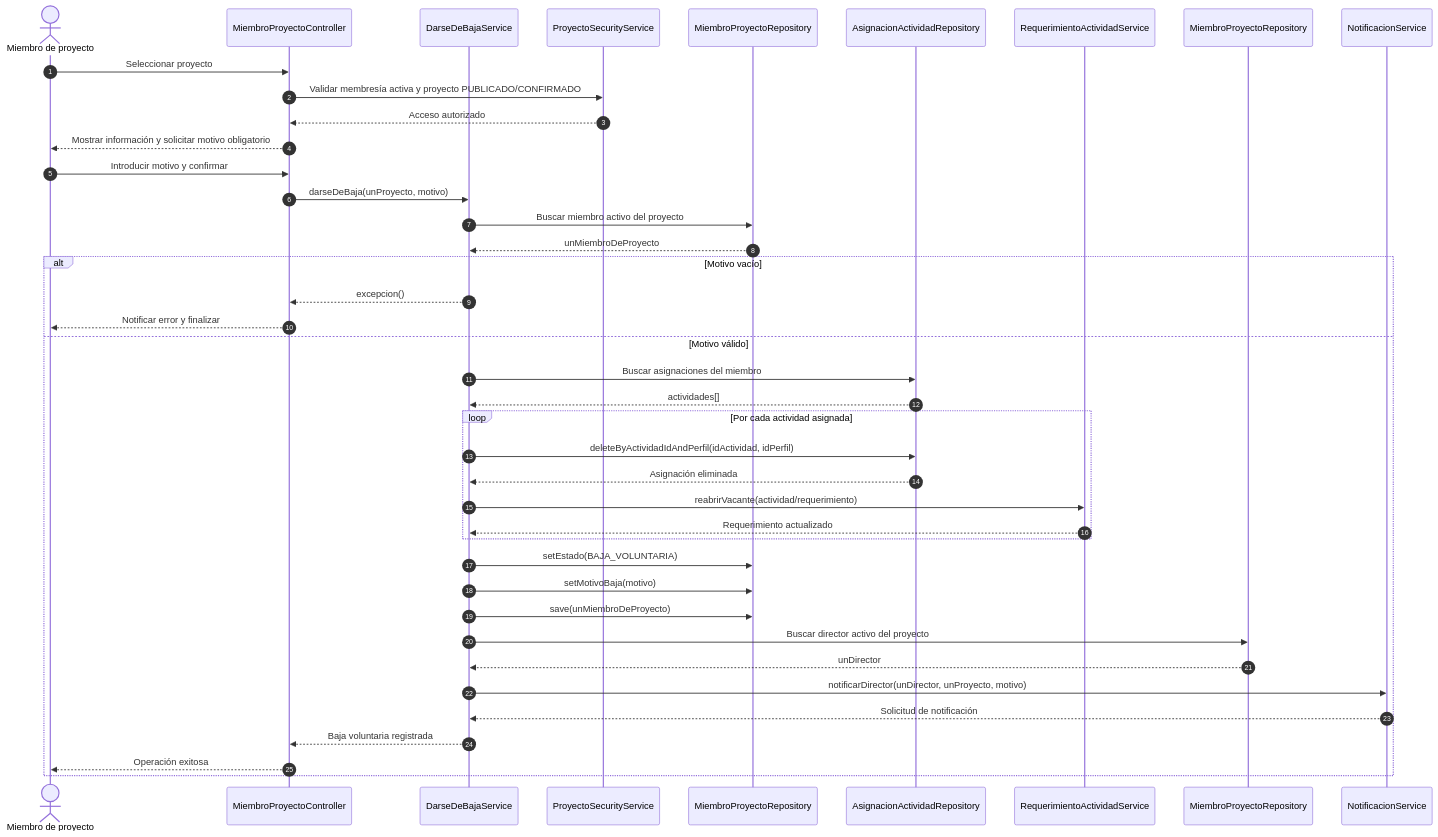
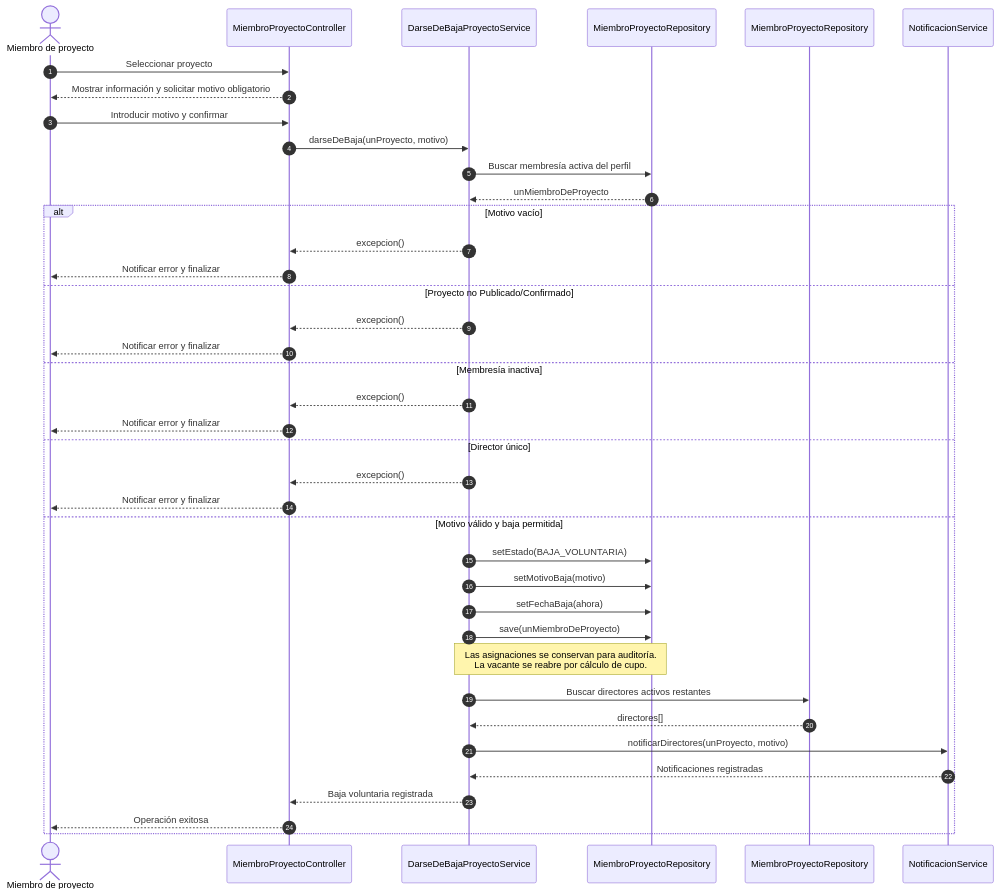
Before and after one commit to mgroko/modalink-backend: the ninth of 9 diagrams in docs/3_diseño/dsd.md, drawn with Mermaid. The commit also changed other lines of this file and 32 other files, not shown here.

First line of the commit message:
Implementación del caso de uso UC-40 Darse de baja de proyecto

````diff
--- a/docs/3_diseño/dsd.md
+++ b/docs/3_diseño/dsd.md
@@ -646,47 +649,43 @@
 ```mermaid
 sequenceDiagram
     autonumber
     actor Miembro as Miembro de proyecto
     participant API as MiembroProyectoController
-    participant Servicio as DarseDeBajaService
-    participant ProyectoService as ProyectoSecurityService
+    participant Servicio as DarseDeBajaProyectoService
     participant MiembroRepo as MiembroProyectoRepository
-    participant AsignacionRepo as AsignacionActividadRepository
-    participant ReqService as RequerimientoActividadService
     participant DirectorRepo as MiembroProyectoRepository
     participant Notif as NotificacionService
 
     Miembro->>API: Seleccionar proyecto
-    API->>ProyectoService: Validar membresía activa y proyecto PUBLICADO/CONFIRMADO
-    ProyectoService-->>API: Acceso autorizado
     API-->>Miembro: Mostrar información y solicitar motivo obligatorio
     Miembro->>API: Introducir motivo y confirmar
     API->>Servicio: darseDeBaja(unProyecto, motivo)
-    Servicio->>MiembroRepo: Buscar miembro activo del proyecto
+    Servicio->>MiembroRepo: Buscar membresía activa del perfil
     MiembroRepo-->>Servicio: unMiembroDeProyecto
 
     alt Motivo vacío
         Servicio-->>API: excepcion()
         API-->>Miembro: Notificar error y finalizar
-    else Motivo válido
-        Servicio->>AsignacionRepo: Buscar asignaciones del miembro
-        AsignacionRepo-->>Servicio: actividades[]
-
-        loop Por cada actividad asignada
-            Servicio->>AsignacionRepo: deleteByActividadIdAndPerfil(idActividad, idPerfil)
-            AsignacionRepo-->>Servicio: Asignación eliminada
-            Servicio->>ReqService: reabrirVacante(actividad/requerimiento)
-            ReqService-->>Servicio: Requerimiento actualizado
-        end
-
+    else Proyecto no Publicado/Confirmado
+        Servicio-->>API: excepcion()
+        API-->>Miembro: Notificar error y finalizar
+    else Membresía inactiva
+        Servicio-->>API: excepcion()
+        API-->>Miembro: Notificar error y finalizar
+    else Director único
+        Servicio-->>API: excepcion()
+        API-->>Miembro: Notificar error y finalizar
+    else Motivo válido y baja permitida
         Servicio->>MiembroRepo: setEstado(BAJA_VOLUNTARIA)
         Servicio->>MiembroRepo: setMotivoBaja(motivo)
+        Servicio->>MiembroRepo: setFechaBaja(ahora)
         Servicio->>MiembroRepo: save(unMiembroDeProyecto)
-        Servicio->>DirectorRepo: Buscar director activo del proyecto
-        DirectorRepo-->>Servicio: unDirector
-        Servicio->>Notif: notificarDirector(unDirector, unProyecto, motivo)
-        Notif-->>Servicio: Solicitud de notificación
+        Note over Servicio,MiembroRepo: Las asignaciones se conservan para auditoría.<br/>La vacante se reabre por cálculo de cupo.
+        Servicio->>DirectorRepo: Buscar directores activos restantes
+        DirectorRepo-->>Servicio: directores[]
+        Servicio->>Notif: notificarDirectores(unProyecto, motivo)
+        Notif-->>Servicio: Notificaciones registradas
         Servicio-->>API: Baja voluntaria registrada
         API-->>Miembro: Operación exitosa
     end
 ```
````
